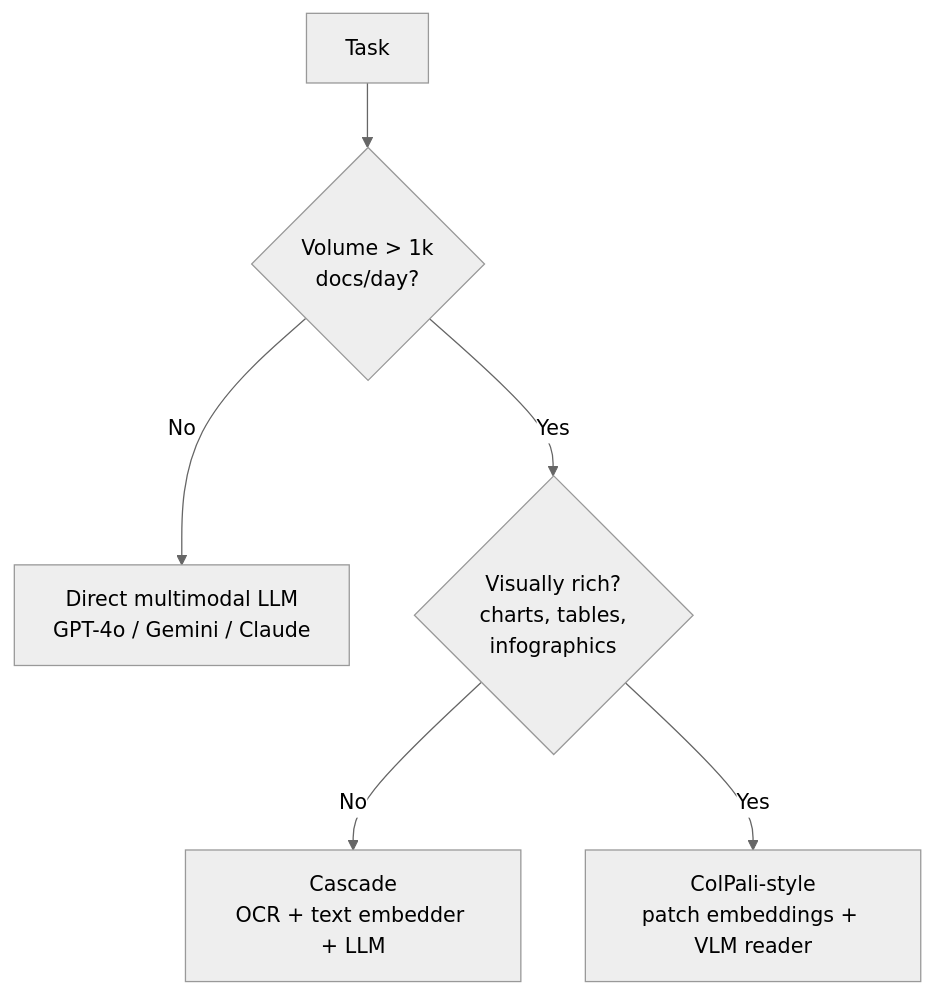
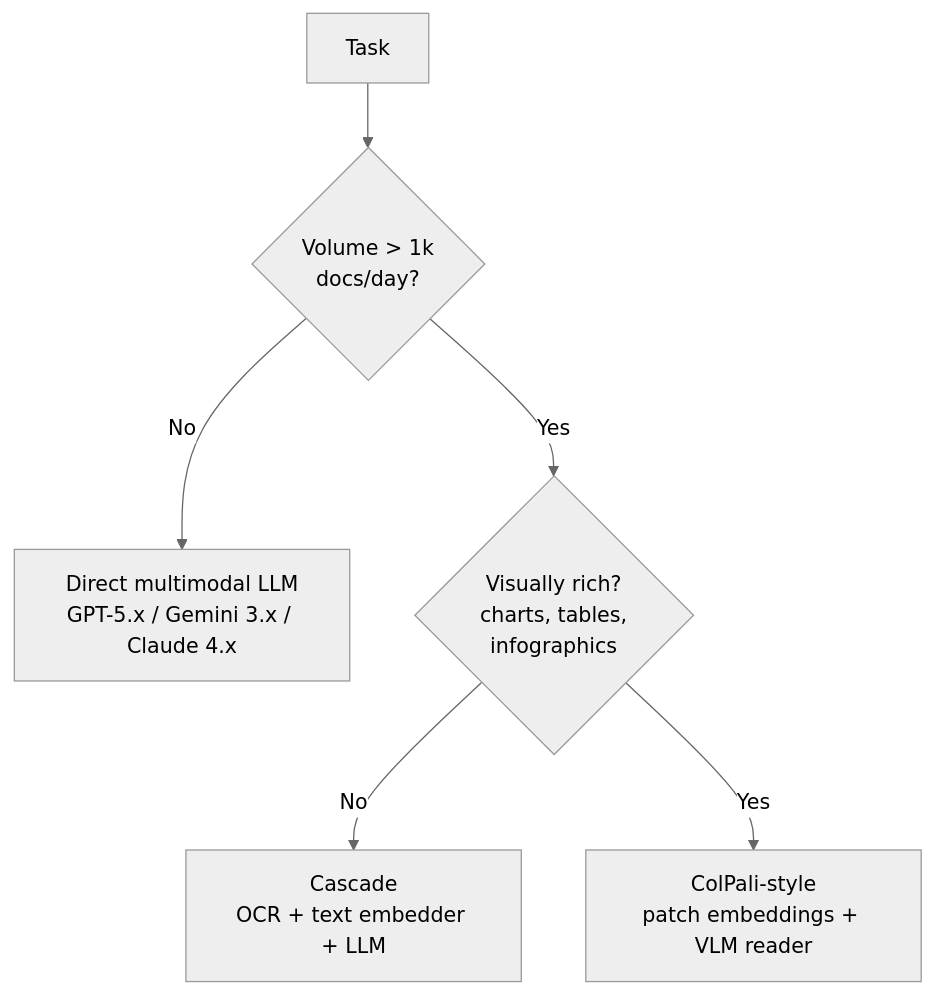
Before and after one commit to Guo-astro/engineering-handbook: the fourth of 4 diagrams in content/part-9-ai-ml-system-design/13-multimodal-ai-systems.md, drawn with Mermaid (neutral theme). The commit also changed other lines of this file and 31 other files, not shown here.

````diff
--- a/content/part-9-ai-ml-system-design/13-multimodal-ai-systems.md
+++ b/content/part-9-ai-ml-system-design/13-multimodal-ai-systems.md
@@ -174,8 +174,8 @@
 ```mermaid
 graph TD
     Q[Task] --> V{Volume > 1k<br/>docs/day?}
-    V -->|No| LLM[Direct multimodal LLM<br/>GPT-4o / Gemini / Claude]
+    V -->|No| LLM[Direct multimodal LLM<br/>GPT-5.x / Gemini 3.x / Claude 4.x]
     V -->|Yes| R{Visually rich?<br/>charts, tables,<br/>infographics}
     R -->|No| C[Cascade<br/>OCR + text embedder + LLM]
     R -->|Yes| CP[ColPali-style<br/>patch embeddings + VLM reader]
 ```
````
